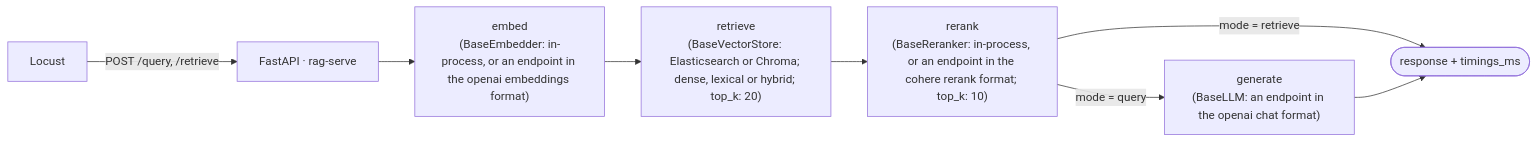
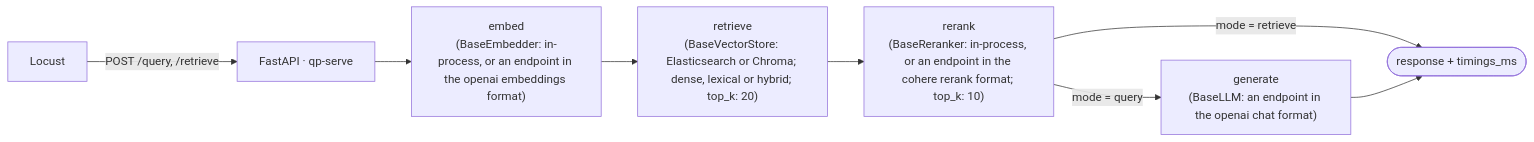
Before and after one commit to msobroza/rag_topology_loadtest: the diagram in README.md, drawn with Mermaid. The commit also changed other lines of this file and 414 other files, not shown here.

````diff
--- a/README.md
+++ b/README.md
@@ -39,10 +39,10 @@
 ```mermaid
 flowchart LR
-    L[Locust] -->|POST /query, /retrieve| API[FastAPI · rag-serve]
+    L[Locust] -->|POST /query, /retrieve| API[FastAPI · qp-serve]
     API --> E["embed<br/>(BaseEmbedder: in-process, or an endpoint in the openai embeddings format)"]
     E --> R["retrieve<br/>(BaseVectorStore: Elasticsearch or Chroma; dense, lexical or hybrid; top_k: 20)"]
     R --> K["rerank<br/>(BaseReranker: in-process, or an endpoint in the cohere rerank format; top_k: 10)"]
     K -->|mode = query| G["generate<br/>(BaseLLM: an endpoint in the openai chat format)"]
     K -->|mode = retrieve| Z([response + timings_ms])
     G --> Z
 ```
````
